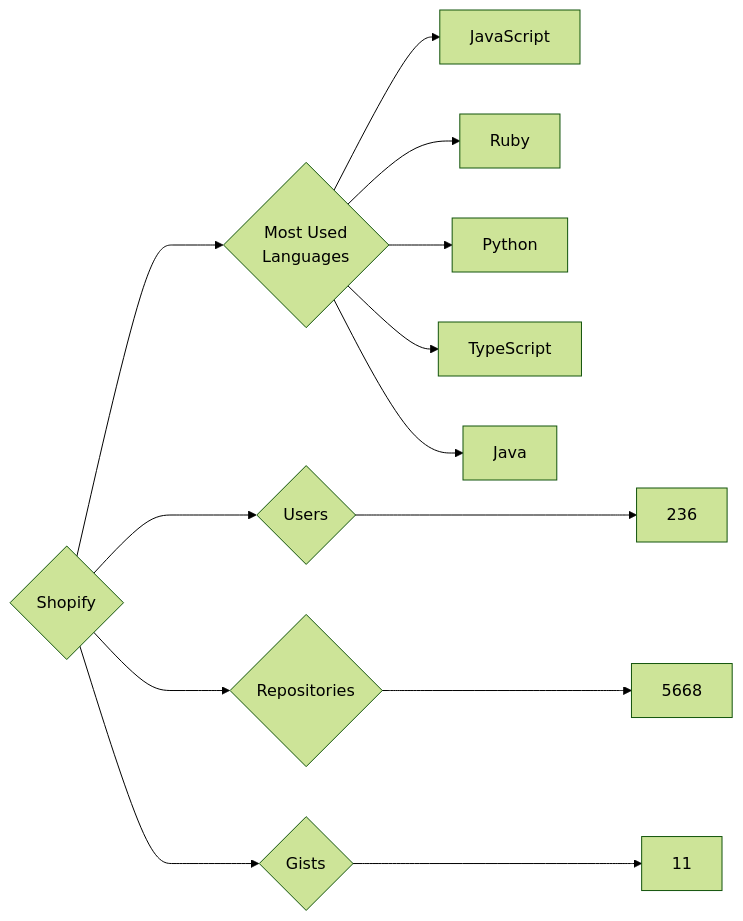
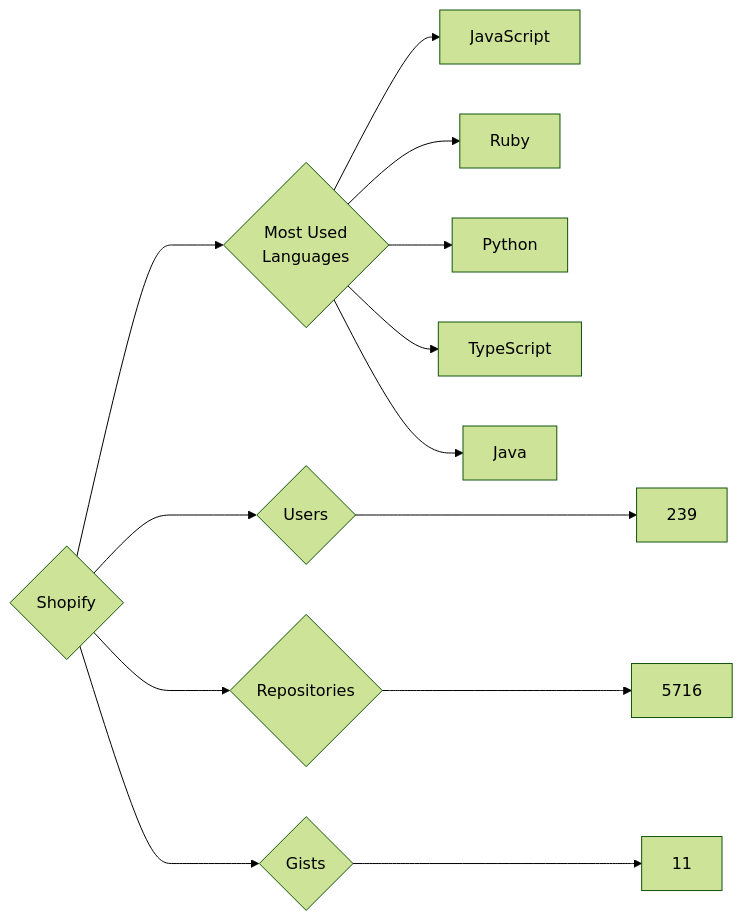
One commit to trickest/insiders changed the diagram in targets/Shopify/README.md. Above: the diagram before and after it, drawn with Mermaid (forest theme). The commit also changed 1389 other files, not shown here.

````diff
--- a/targets/Shopify/README.md
+++ b/targets/Shopify/README.md
@@ -3,13 +3,13 @@
 ```mermaid
 graph LR
 COMPANY_NAME{Shopify}
-COMPANY_NAME ---> U{Users} ---> UN[236]
-COMPANY_NAME ---> R{Repositories} ---> RN[5668]
+COMPANY_NAME ---> U{Users} ---> UN[239]
+COMPANY_NAME ---> R{Repositories} ---> RN[5716]
 COMPANY_NAME ---> G{Gists} ---> GN[11]
 COMPANY_NAME ---> ML{Most Used<br>Languages}
 ML --> JavaScript[JavaScript]
 ML --> Ruby[Ruby]
 ML --> Python[Python]
 ML --> TypeScript[TypeScript]
 ML --> Java[Java]
 ```
````
